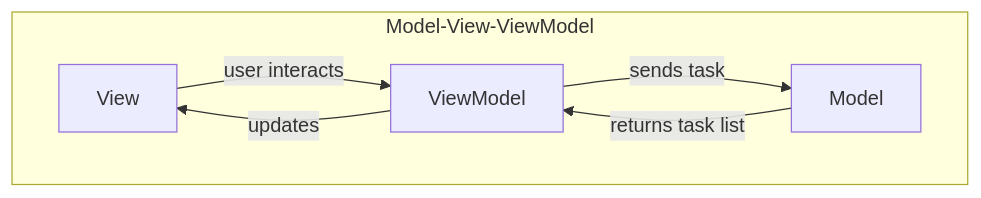
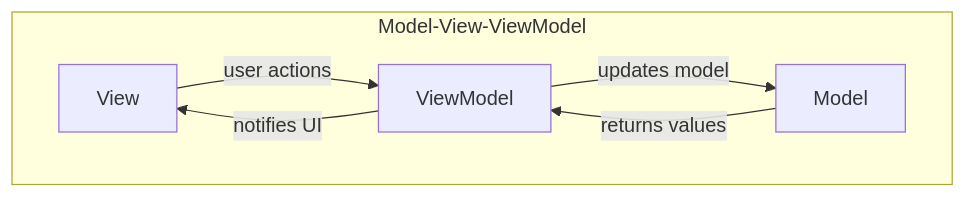
One commit to danielvie/code changed the diagram in python/py_vmmv/README.md. Above: the diagram before and after it, drawn with Mermaid.

````diff
--- a/python/py_vmmv/README.md
+++ b/python/py_vmmv/README.md
@@ -1,14 +1,14 @@
 ```mermaid
 graph TD
-    A[View] -->|user interacts| B[ViewModel]
-    B -->|sends task| C[Model]
-    C -->|returns task list| B
-    B -->|updates| A
+    A[View] -->|user actions| B[ViewModel]
+    B -->|updates model| C[Model]
+    C -->|returns values| B
+    B -->|notifies UI| A
 
     subgraph Model-View-ViewModel
         C
         B
         A
     end
 
 ```
````
